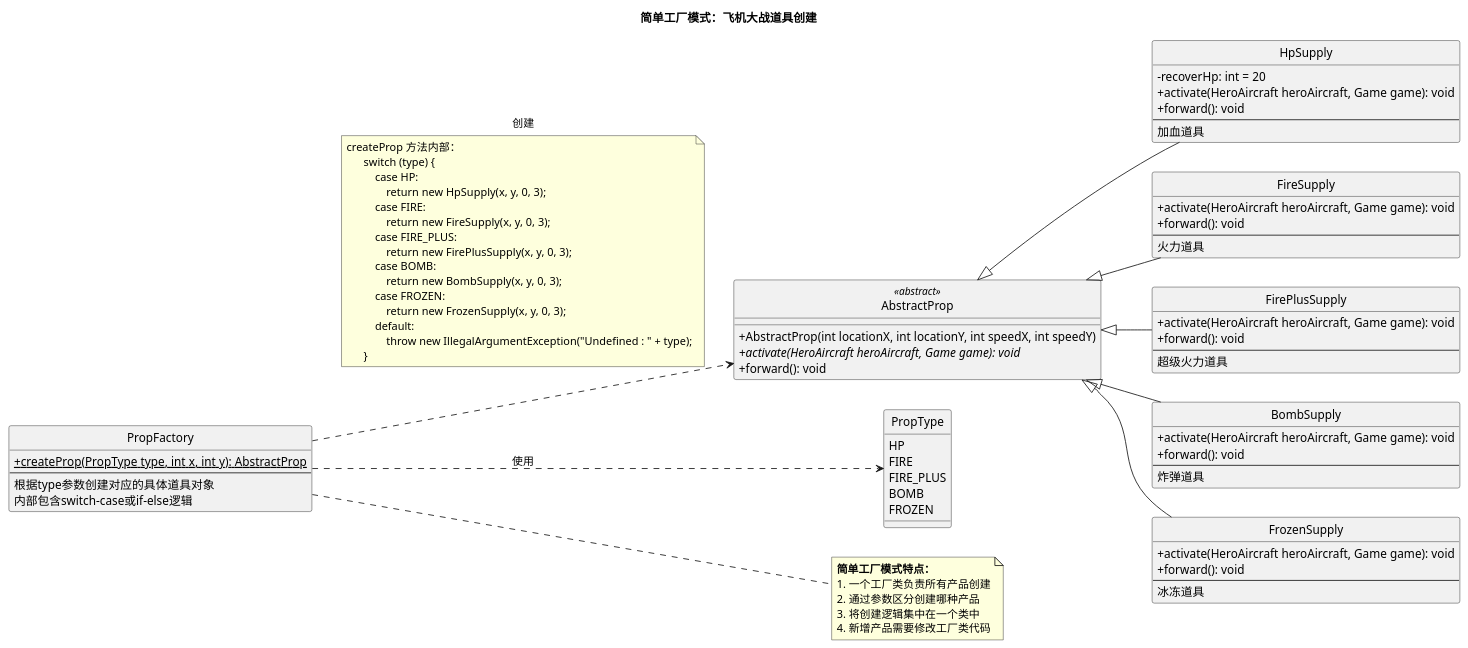
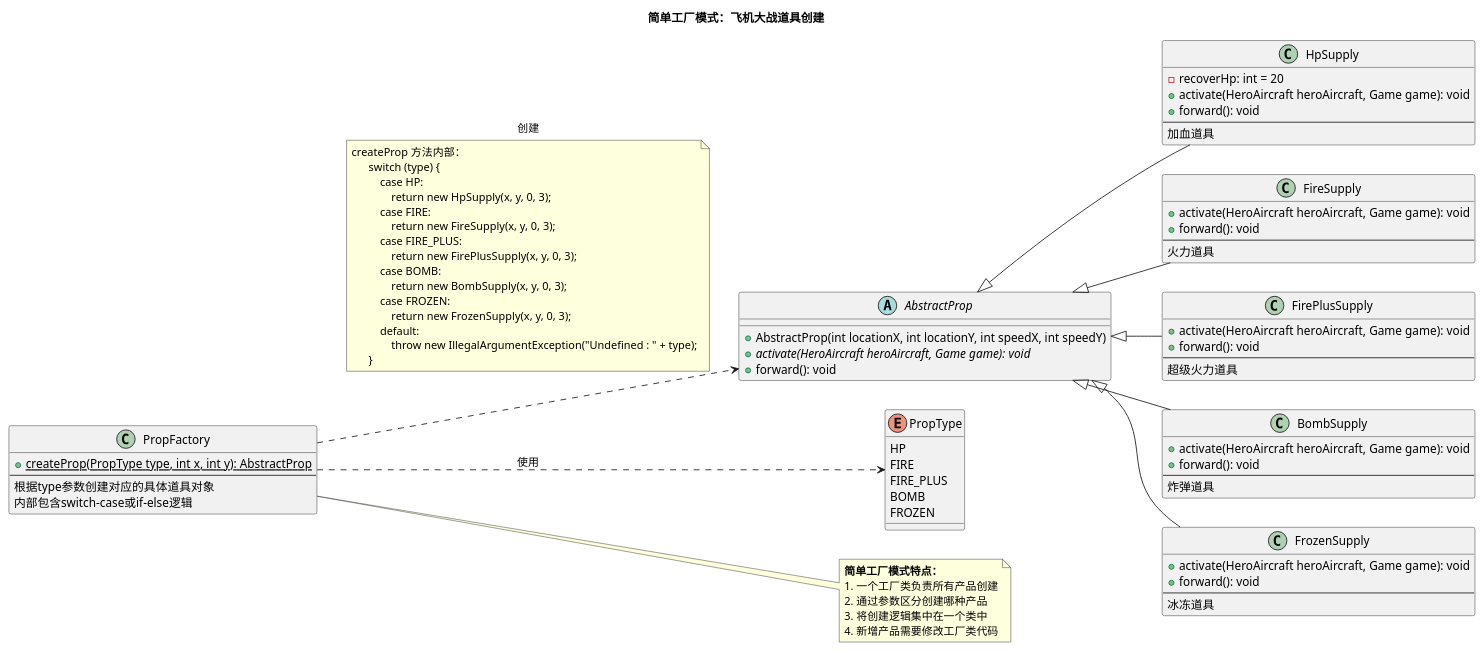
Before and after one commit to go1112/AircraftWar: the diagram in uml/SimpleFactory.puml, drawn with PlantUML. The commit also changed 4 other files, not shown here.

Commit message:
完善飞机大战五大uml类图

```diff
--- a/uml/SimpleFactory.puml
+++ b/uml/SimpleFactory.puml
@@ -1,106 +1,104 @@
 @startuml
 title 简单工厂模式：飞机大战道具创建
-skinparam classAttributeIconSize 0
-skinparam Style strictuml
 left to right direction
 
 ' 1. 简单工厂类
 class PropFactory {
   +{static} createProp(PropType type, int x, int y): AbstractProp
   --
   根据type参数创建对应的具体道具对象
   内部包含switch-case或if-else逻辑
 }
 
 ' 2. 抽象产品类
-class AbstractProp <<abstract>> {
+abstract class AbstractProp {
   +AbstractProp(int locationX, int locationY, int speedX, int speedY) 
   +{abstract} activate(HeroAircraft heroAircraft, Game game): void
   +forward(): void
 }
 
 ' 3. 具体产品类
 class HpSupply {
   -recoverHp: int = 20
   +activate(HeroAircraft heroAircraft, Game game): void
   +forward(): void
   --
   加血道具
 }
 
 class FireSupply {
   +activate(HeroAircraft heroAircraft, Game game): void
   +forward(): void
   --
   火力道具
 }
 
 class FirePlusSupply {
   +activate(HeroAircraft heroAircraft, Game game): void
   +forward(): void
   --
   超级火力道具
 }
 
 class BombSupply {
   +activate(HeroAircraft heroAircraft, Game game): void
   +forward(): void
   --
   炸弹道具
 }
 
 class FrozenSupply {
   +activate(HeroAircraft heroAircraft, Game game): void
   +forward(): void
   --
   冰冻道具
 }
 
 ' 继承关系
 AbstractProp <|-- HpSupply
 AbstractProp <|-- FireSupply
 AbstractProp <|-- FirePlusSupply
 AbstractProp <|-- BombSupply
 AbstractProp <|-- FrozenSupply
 
 ' 工厂创建产品的关系
 PropFactory ..> AbstractProp : 创建
 note on link
   createProp 方法内部：
         switch (type) {
             case HP:
                 return new HpSupply(x, y, 0, 3);
             case FIRE:
                 return new FireSupply(x, y, 0, 3);
             case FIRE_PLUS:
                 return new FirePlusSupply(x, y, 0, 3);
             case BOMB:
                 return new BombSupply(x, y, 0, 3);
             case FROZEN:
                 return new FrozenSupply(x, y, 0, 3);
             default:
                 throw new IllegalArgumentException("Undefined : " + type);
         }
 end note
 
 ' 道具类型枚举
 enum PropType {
   HP
   FIRE
   FIRE_PLUS
   BOMB
   FROZEN
 }
 
 PropFactory ..> PropType : 使用
 
 ' 说明注释
 note right of PropFactory
   <b>简单工厂模式特点：</b>
   1. 一个工厂类负责所有产品创建
   2. 通过参数区分创建哪种产品
   3. 将创建逻辑集中在一个类中
   4. 新增产品需要修改工厂类代码
 end note
 
 @enduml
```
